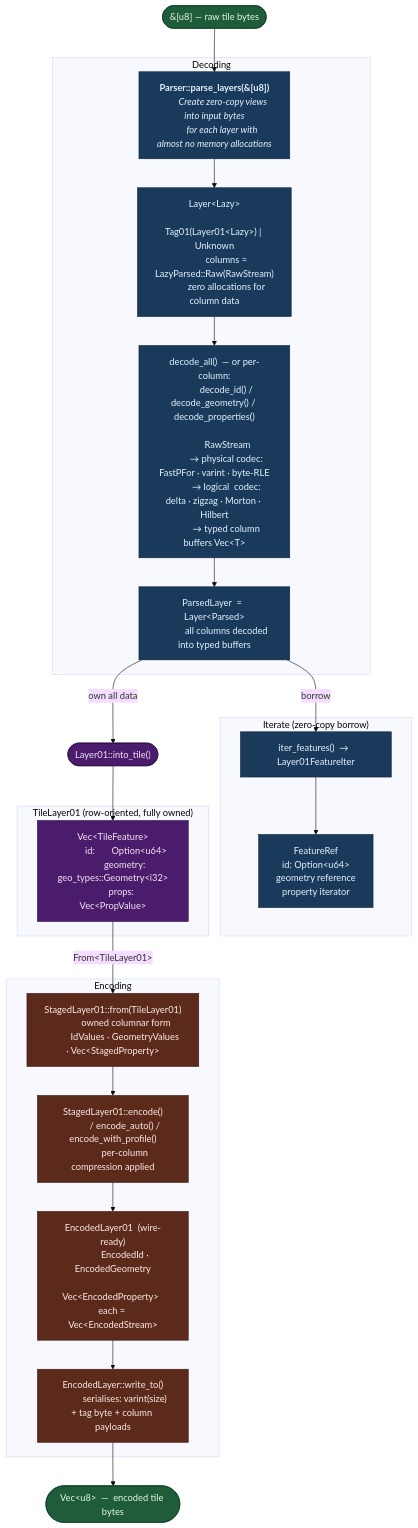
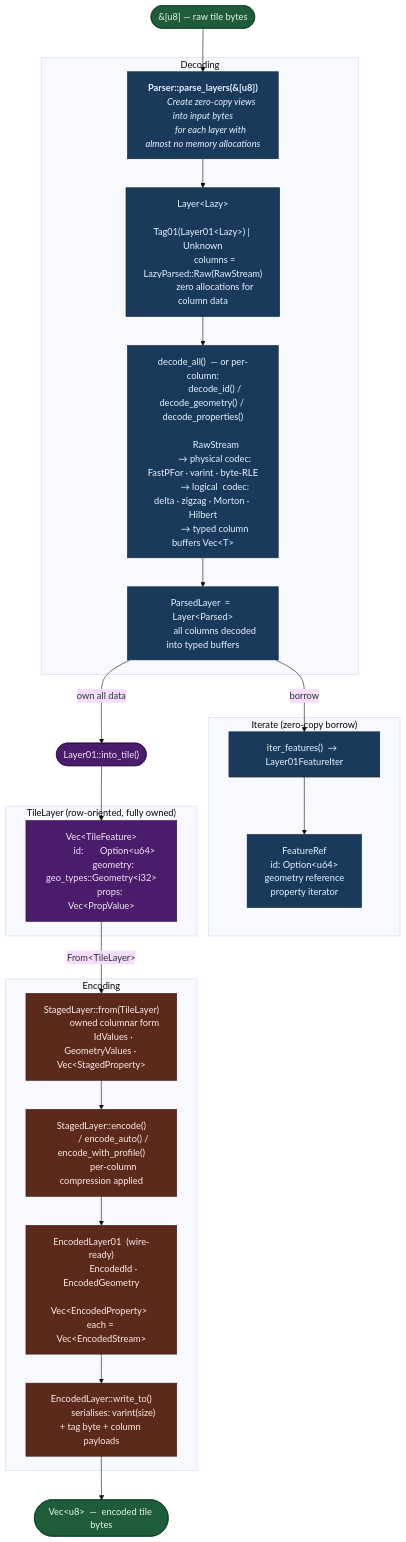
One commit to maplibre/maplibre-tile-spec changed the diagram in rust/mlt-core/README.md. Above: the diagram before and after it, drawn with Mermaid (base theme). The commit also changed other lines of this file and 29 other files, not shown here.

First line of the commit message:
chore(rust): rm "01" from TileLayer01, StagedLayer01 (#1345)

````diff
--- a/rust/mlt-core/README.md
+++ b/rust/mlt-core/README.md
@@ -70,76 +70,76 @@
 ```mermaid
 flowchart TB
     A(["&[u8]  —  raw tile bytes"])
 
     subgraph DEC ["Decoding"]
         B["<b>Parser::parse_layers(&[u8])</b>
         <i>Create zero-copy views into input bytes
         for each layer with almost no memory allocations</i>"]
 
         C["Layer&lt;Lazy>
            Tag01(Layer01&lt;Lazy>) | Unknown
            columns = LazyParsed::Raw(RawStream)
            zero allocations for column data"]
 
         D["decode_all()  — or per-column:
            decode_id() / decode_geometry() / decode_properties()
 
            RawStream
            → physical codec: FastPFor · varint · byte-RLE
            → logical  codec: delta · zigzag · Morton · Hilbert
            → typed column buffers Vec&lt;T>"]
 
         E["ParsedLayer  =  Layer&lt;Parsed>
            all columns decoded into typed buffers"]
     end
 
     subgraph ACCESS ["Iterate  (zero-copy borrow)"]
         F["iter_features()  →  Layer01FeatureIter"]
         G["FeatureRef
            id: Option&lt;u64>
            geometry reference
            property iterator"]
     end
 
     H(["Layer01::into_tile()"])
 
-    subgraph BRIDGE ["TileLayer01  (row-oriented, fully owned)"]
+    subgraph BRIDGE ["TileLayer  (row-oriented, fully owned)"]
         I["Vec&lt;TileFeature>
            id:       Option&lt;u64>
            geometry: geo_types::Geometry&lt;i32>
            props:    Vec&lt;PropValue>"]
     end
 
     subgraph ENC ["Encoding"]
-        J["StagedLayer01::from(TileLayer01)
+        J["StagedLayer::from(TileLayer)
            owned columnar form
            IdValues · GeometryValues · Vec&lt;StagedProperty>"]
 
-        K["StagedLayer01::encode()
+        K["StagedLayer::encode()
            / encode_auto() / encode_with_profile()
            per-column compression applied"]
 
         L["EncodedLayer01  (wire-ready)
            EncodedId · EncodedGeometry
            Vec&lt;EncodedProperty>  each = Vec&lt;EncodedStream>"]
 
         M["EncodedLayer::write_to()
            serialises: varint(size) + tag byte + column payloads"]
     end
 
     N(["Vec&lt;u8>  —  encoded tile bytes"])
 
     A --> B --> C --> D --> E
     E -->|"borrow"| F --> G
     E -->|"own all data"| H --> I
-    I -->|"From&lt;TileLayer01>"| J --> K --> L --> M --> N
+    I -->|"From&lt;TileLayer>"| J --> K --> L --> M --> N
 
     classDef io fill:#1e5c3a,color:#e8f5e9,stroke:#0a3d22
     classDef bridge fill:#4a1c6b,color:#f3e5f5,stroke:#2d0b45
     classDef dec fill:#1a3a5c,color:#e3f2fd,stroke:#0d1f35
     classDef enc fill:#5c2a1a,color:#fbe9e7,stroke:#3d1510
     class A,N io
     class H,I bridge
     class B,C,D,E,F,G dec
     class J,K,L,M enc
 ```
````
